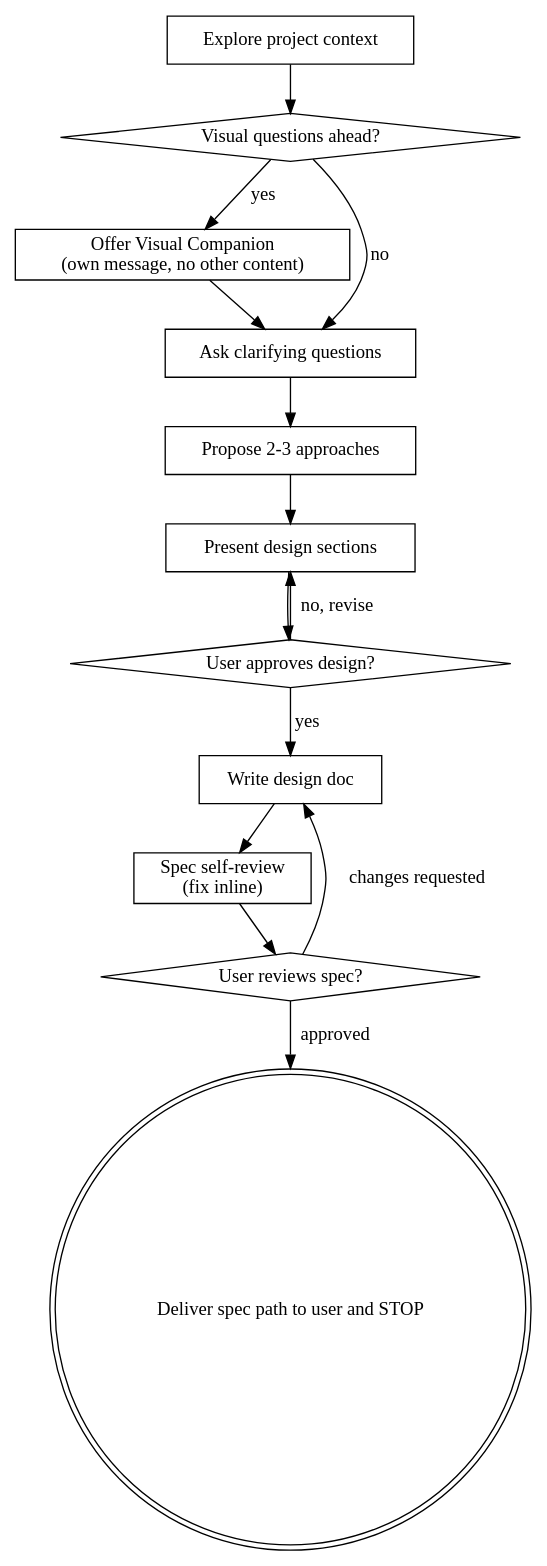
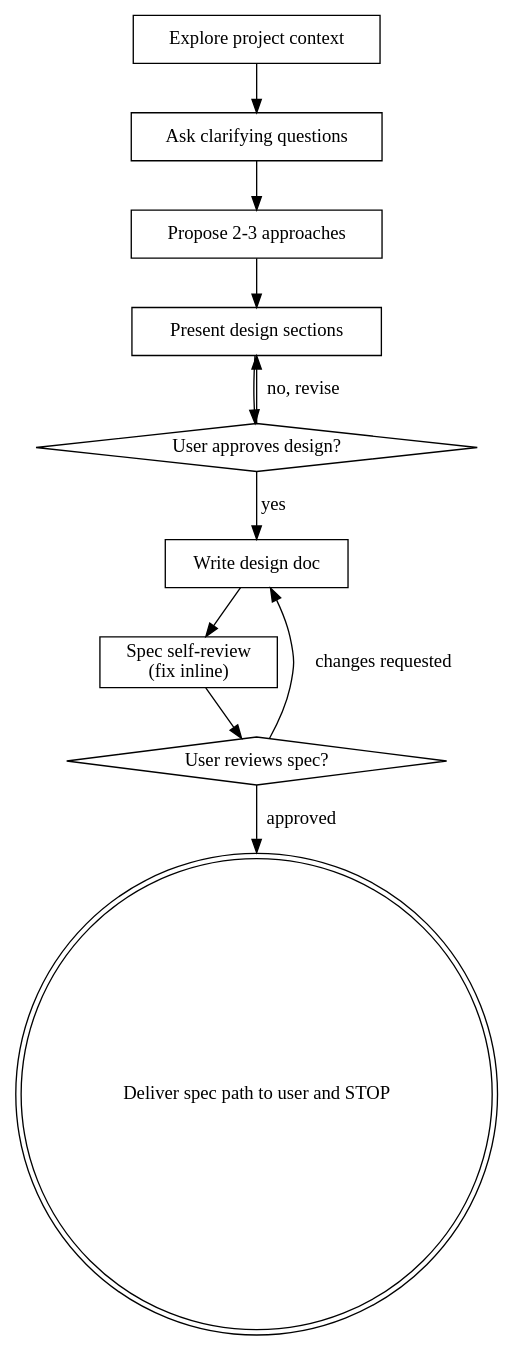
Before and after one commit to semantic-craft/seedex-skills: the diagram in skills/spark/SKILL.md, drawn with Graphviz. The commit also changed other lines of this file and 8 other files, not shown here.

````diff
--- a/skills/spark/SKILL.md
+++ b/skills/spark/SKILL.md
@@ -37,29 +37,24 @@
 ```dot
 digraph brainstorming {
     "Explore project context" [shape=box];
-    "Visual questions ahead?" [shape=diamond];
-    "Offer Visual Companion\n(own message, no other content)" [shape=box];
     "Ask clarifying questions" [shape=box];
     "Propose 2-3 approaches" [shape=box];
     "Present design sections" [shape=box];
     "User approves design?" [shape=diamond];
     "Write design doc" [shape=box];
     "Spec self-review\n(fix inline)" [shape=box];
     "User reviews spec?" [shape=diamond];
     "Deliver spec path to user and STOP" [shape=doublecircle];
 
-    "Explore project context" -> "Visual questions ahead?";
-    "Visual questions ahead?" -> "Offer Visual Companion\n(own message, no other content)" [label="yes"];
-    "Visual questions ahead?" -> "Ask clarifying questions" [label="no"];
-    "Offer Visual Companion\n(own message, no other content)" -> "Ask clarifying questions";
+    "Explore project context" -> "Ask clarifying questions";
     "Ask clarifying questions" -> "Propose 2-3 approaches";
     "Propose 2-3 approaches" -> "Present design sections";
     "Present design sections" -> "User approves design?";
     "User approves design?" -> "Present design sections" [label="no, revise"];
     "User approves design?" -> "Write design doc" [label="yes"];
     "Write design doc" -> "Spec self-review\n(fix inline)";
     "Spec self-review\n(fix inline)" -> "User reviews spec?";
     "User reviews spec?" -> "Write design doc" [label="changes requested"];
     "User reviews spec?" -> "Deliver spec path to user and STOP" [label="approved"];
 }
 ```
````
